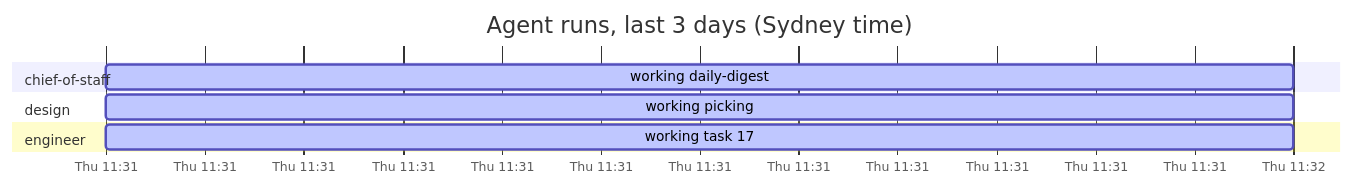
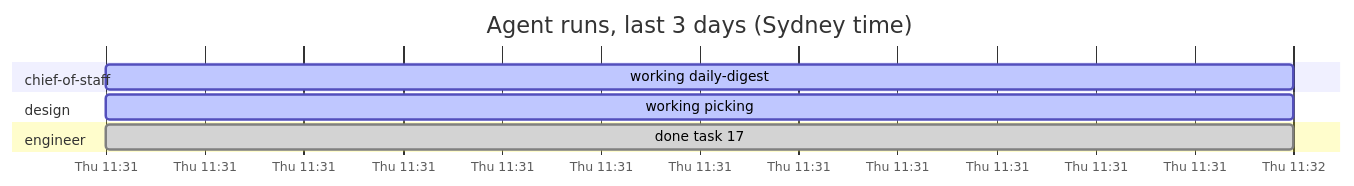
The diagram in dashboard.md (roulmediateam-byte/fifteen-expert-hq), drawn with Mermaid before and after one commit. The commit also changed other lines of this file and 1 other file, not shown here.

````diff
--- a/dashboard.md
+++ b/dashboard.md
@@ -28,12 +29,12 @@
 ```mermaid
 gantt
     title Agent runs, last 3 days (Sydney time)
     dateFormat YYYY-MM-DD HH:mm
     axisFormat %a %H:%M
     section chief-of-staff
     working daily-digest :active, 2026-11-05 11:31, 2026-11-05 11:32
     section design
     working picking :active, 2026-11-05 11:31, 2026-11-05 11:32
     section engineer
-    working task 17 :active, 2026-11-05 11:31, 2026-11-05 11:32
+    done task 17 :done, 2026-11-05 11:31, 2026-11-05 11:32
 ```
````
